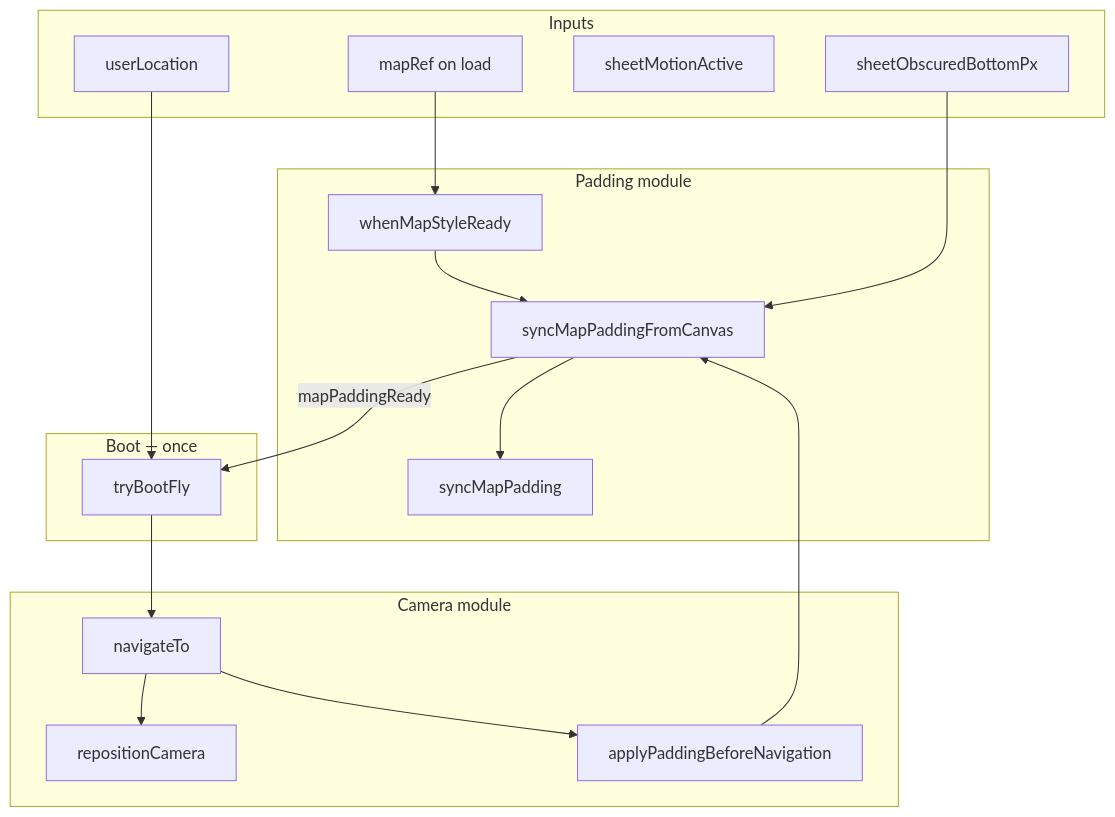
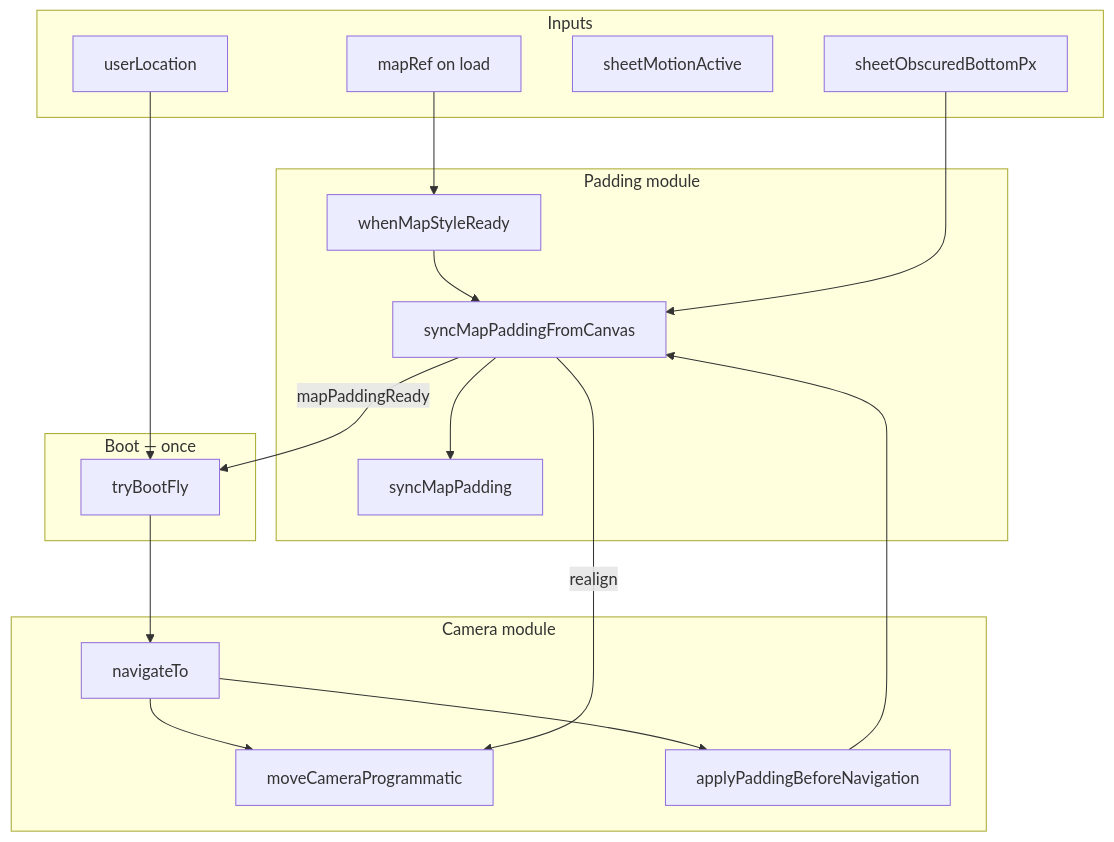
The second of 2 diagrams in docs/camera-fsm-plan.md (UltimateTag-Studios/sheet-map), drawn with Mermaid before and after one commit. The commit also changed other lines of this file and 29 other files, not shown here.

````diff
--- a/docs/camera-fsm-plan.md
+++ b/docs/camera-fsm-plan.md
@@ -327,33 +324,34 @@
 ```mermaid
 flowchart TD
   subgraph inputs [Inputs]
     MR[mapRef on load]
     SO[sheetObscuredBottomPx]
     SM[sheetMotionActive]
     GPS[userLocation]
   end
 
   subgraph padding [Padding module]
     WSR[whenMapStyleReady]
     SMPC[syncMapPaddingFromCanvas]
     SMP[syncMapPadding]
   end
 
   subgraph camera [Camera module]
     NT[navigateTo]
-    RC[repositionCamera]
+    MCP[moveCameraProgrammatic]
     BPN[applyPaddingBeforeNavigation]
   end
 
   subgraph boot [Boot — once]
     TBF[tryBootFly]
   end
 
   MR --> WSR --> SMPC --> SMP
   SO --> SMPC
   GPS --> TBF
   SMPC -->|mapPaddingReady| TBF
   TBF --> NT
   NT --> BPN --> SMPC
-  NT --> RC
+  NT --> MCP
+  SMPC -->|realign| MCP
 ```
````
